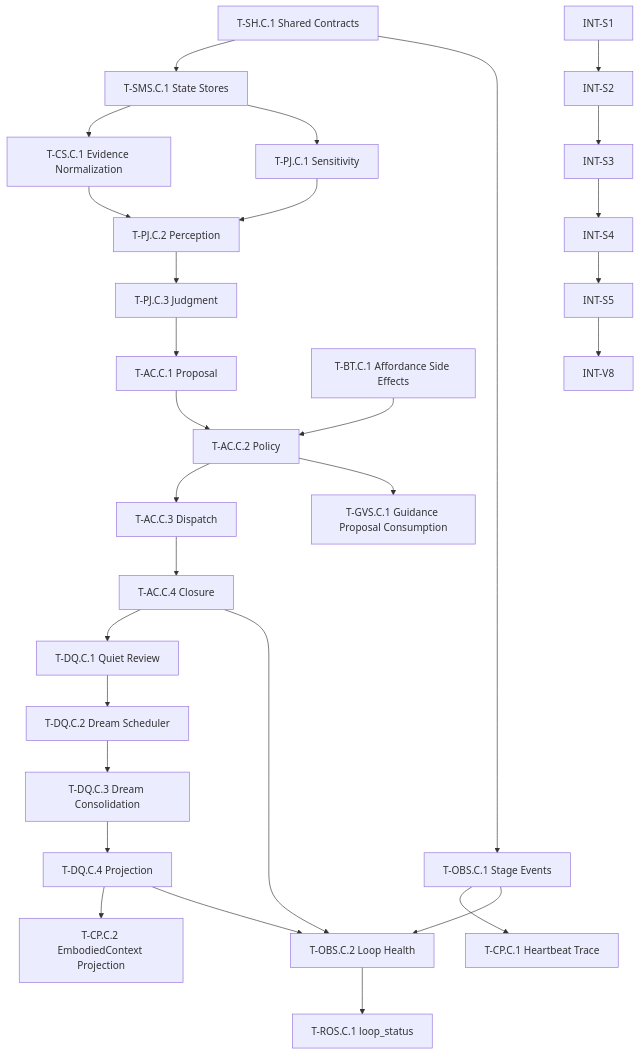
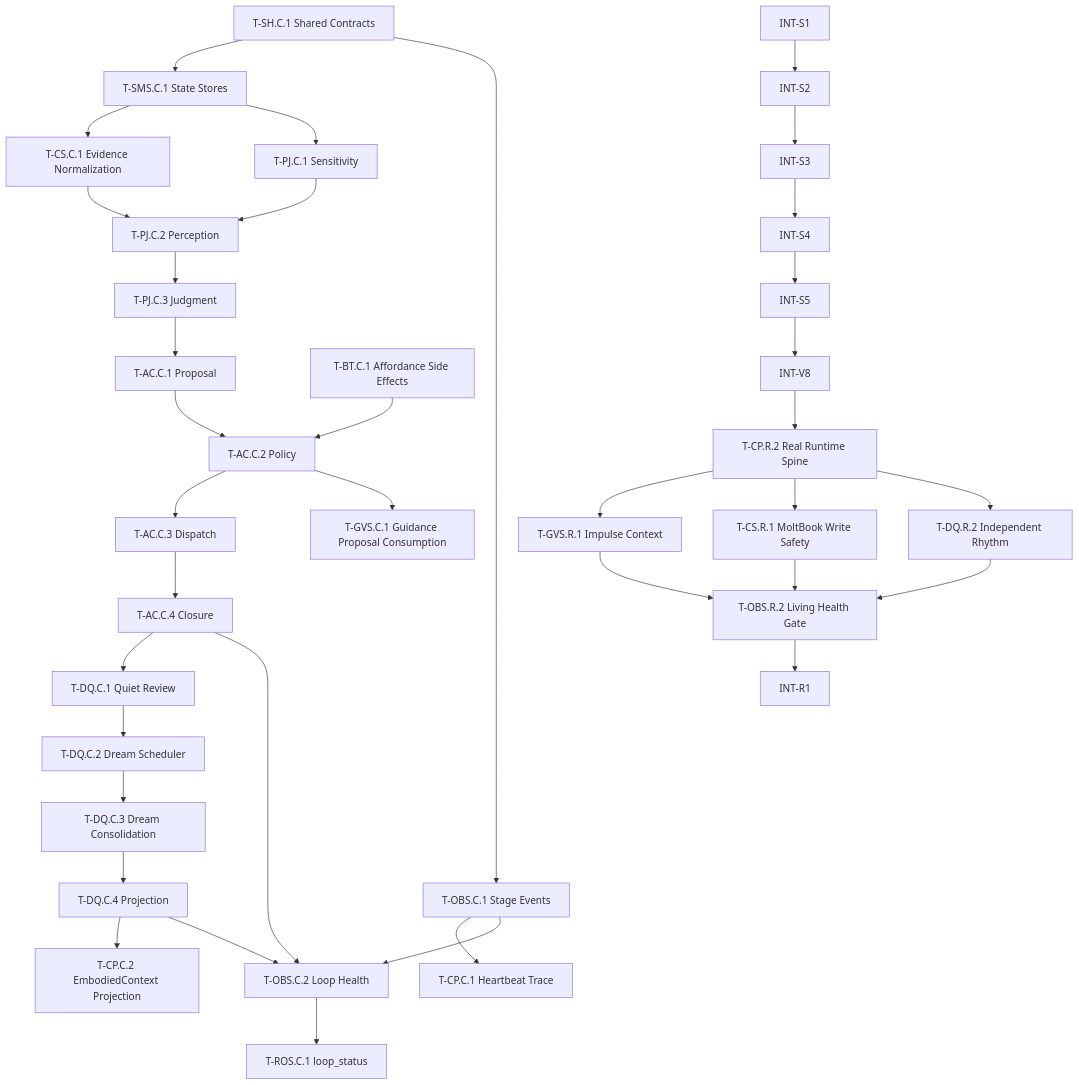
The diagram in .anws/v8/05A_TASKS.md (Haaaiawd/Second-Nature), drawn with Mermaid before and after one commit. The commit also changed other lines of this file and 17 other files, not shown here.

First line of the commit message:
feat(v8): T-CP.R.2 wire real runtime heartbeat into action-closure spine

````diff
--- a/.anws/v8/05A_TASKS.md
+++ b/.anws/v8/05A_TASKS.md
@@ -13,31 +13,39 @@
 ```mermaid
 graph TD
     SH1[T-SH.C.1 Shared Contracts] --> SMS1[T-SMS.C.1 State Stores]
     SH1 --> OBS1[T-OBS.C.1 Stage Events]
     SMS1 --> CS1[T-CS.C.1 Evidence Normalization]
     SMS1 --> PJ1[T-PJ.C.1 Sensitivity]
     CS1 --> PJ2[T-PJ.C.2 Perception]
     PJ1 --> PJ2
     PJ2 --> PJ3[T-PJ.C.3 Judgment]
     OBS1 --> CP1[T-CP.C.1 Heartbeat Trace]
     PJ3 --> AC1[T-AC.C.1 Proposal]
     AC1 --> AC2[T-AC.C.2 Policy]
     BT1[T-BT.C.1 Affordance Side Effects] --> AC2
     AC2 --> AC3[T-AC.C.3 Dispatch]
     AC3 --> AC4[T-AC.C.4 Closure]
     AC4 --> DQ1[T-DQ.C.1 Quiet Review]
     DQ1 --> DQ2[T-DQ.C.2 Dream Scheduler]
     DQ2 --> DQ3[T-DQ.C.3 Dream Consolidation]
     DQ3 --> DQ4[T-DQ.C.4 Projection]
     DQ4 --> CP2[T-CP.C.2 EmbodiedContext Projection]
     OBS1 --> OBS2[T-OBS.C.2 Loop Health]
     AC4 --> OBS2
     DQ4 --> OBS2
     OBS2 --> ROS1[T-ROS.C.1 loop_status]
     AC2 --> GVS1[T-GVS.C.1 Guidance Proposal Consumption]
     INT1[INT-S1] --> INT2[INT-S2]
     INT2 --> INT3[INT-S3]
     INT3 --> INT4[INT-S4]
     INT4 --> INT5[INT-S5]
     INT5 --> INTV8[INT-V8]
+    INTV8 --> CPR2[T-CP.R.2 Real Runtime Spine]
+    CPR2 --> GVSR1[T-GVS.R.1 Impulse Context]
+    CPR2 --> CSR1[T-CS.R.1 MoltBook Write Safety]
+    CPR2 --> DQR2[T-DQ.R.2 Independent Rhythm]
+    GVSR1 --> OBSR2[T-OBS.R.2 Living Health Gate]
+    CSR1 --> OBSR2
+    DQR2 --> OBSR2
+    OBSR2 --> INTR1[INT-R1]
 ```
````
